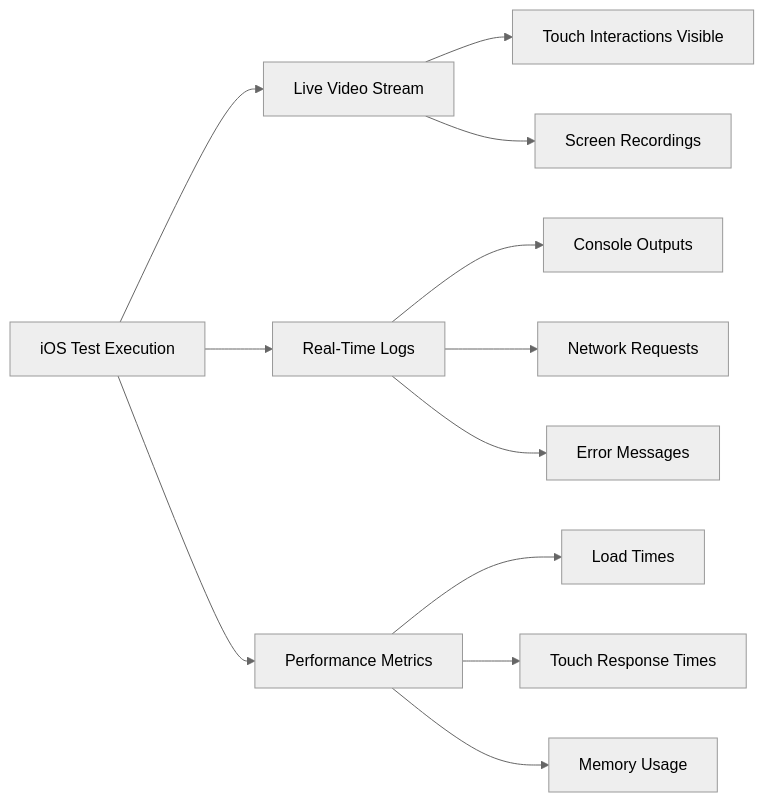
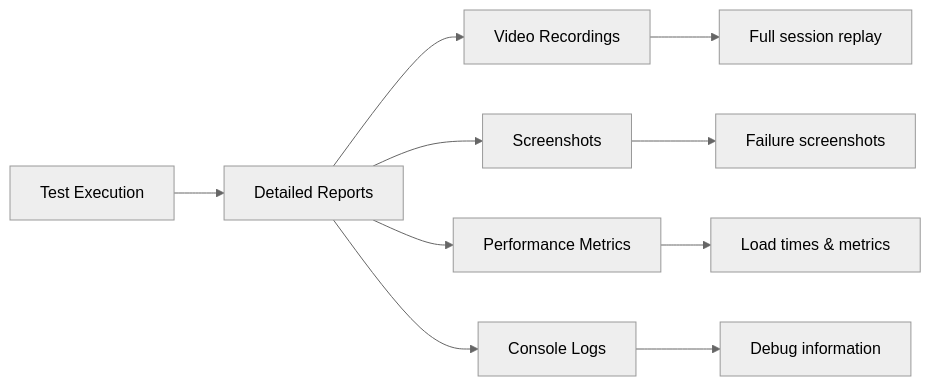
Before and after one commit to LambdaTest/playwright-sample: the third of 3 diagrams in README.md, drawn with Mermaid (neutral theme). The commit also changed other lines of this file, not shown here.

````diff
--- a/README.md
+++ b/README.md
@@ -316,17 +239,13 @@
 ```mermaid
 graph LR
-    A["iOS Test Execution"] --> B["Live Video Stream"]
-    A --> C["Real-Time Logs"]
-    A --> D["Performance Metrics"]
+    A["Test Execution"] --> B["Detailed Reports"]
+    B --> C["Video Recordings"]
+    B --> D["Screenshots"]
+    B --> E["Performance Metrics"]
+    B --> F["Console Logs"]
     
-    B --> B1["Touch Interactions Visible"]
-    B --> B2["Screen Recordings"]
-    
-    C --> C1["Console Outputs"]
-    C --> C2["Network Requests"]
-    C --> C3["Error Messages"]
-    
-    D --> D1["Load Times"]
-    D --> D2["Touch Response Times"]
-    D --> D3["Memory Usage"]
+    C --> C1["Full session replay"]
+    D --> D1["Failure screenshots"]
+    E --> E1["Load times & metrics"]
+    F --> F1["Debug information"]
 ```
````
